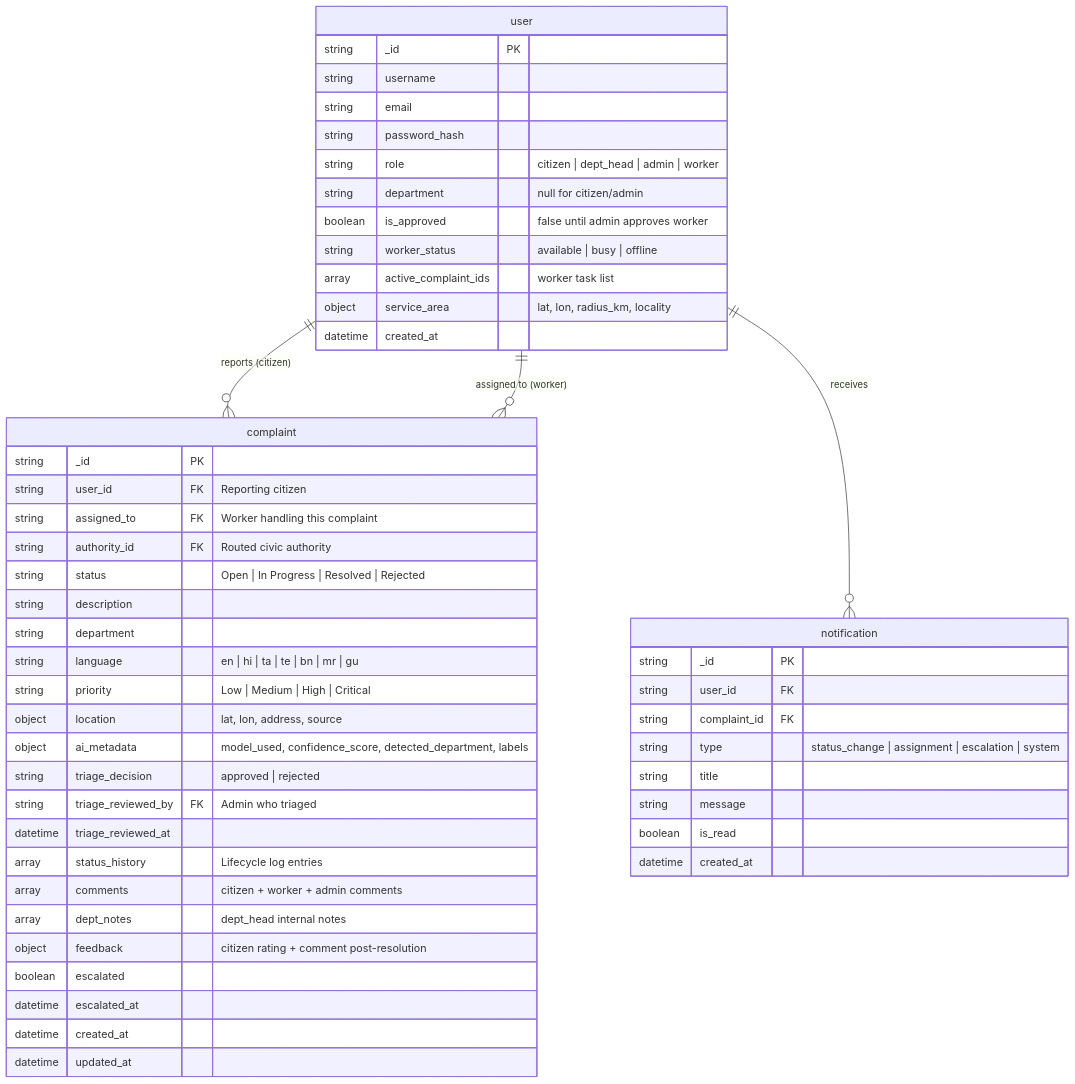
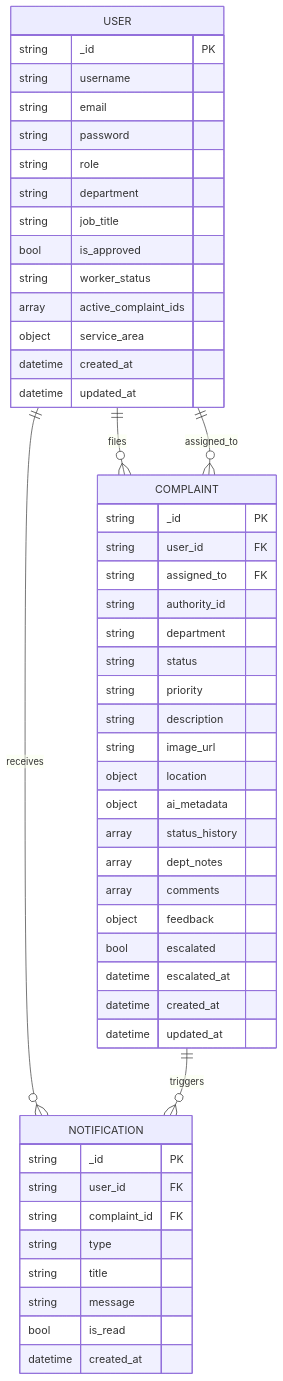
Before and after one commit to ark5234/Jan-Sunwai-AI: the first of 4 diagrams in docs/reports/SCHEMA_DESIGN.md, drawn with Mermaid. The commit also changed other lines of this file and 13 other files, not shown here.

Commit message:
Refactor documentation in reports folder: Update README.md, SCHEMA_DESIGN.md, and SYSTEM_ARCHITECTURE.md for clarity and consistency. Enhance descriptions, add new sections, and improve formatting. Last updated date standardized to 2026-04-06.

````diff
--- a/docs/reports/SCHEMA_DESIGN.md
+++ b/docs/reports/SCHEMA_DESIGN.md
@@ -12,53 +16,56 @@
 ```mermaid
 erDiagram
-    user ||--o{ complaint : "reports (citizen)"
-    user ||--o{ complaint : "assigned to (worker)"
-    user ||--o{ notification : receives
-    user {
+    USER ||--o{ COMPLAINT : files
+    USER ||--o{ NOTIFICATION : receives
+    USER ||--o{ COMPLAINT : assigned_to
+    COMPLAINT ||--o{ NOTIFICATION : triggers
+
+    USER {
         string _id PK
         string username
         string email
-        string password_hash
-        string role "citizen | dept_head | admin | worker"
-        string department "null for citizen/admin"
-        boolean is_approved "false until admin approves worker"
-        string worker_status "available | busy | offline"
-        array active_complaint_ids "worker task list"
-        object service_area "lat, lon, radius_km, locality"
+        string password
+        string role
+        string department
+        string job_title
+        bool is_approved
+        string worker_status
+        array active_complaint_ids
+        object service_area
         datetime created_at
+        datetime updated_at
     }
-    complaint {
+
+    COMPLAINT {
         string _id PK
-        string user_id FK "Reporting citizen"
-        string assigned_to FK "Worker handling this complaint"
-        string authority_id FK "Routed civic authority"
-        string status "Open | In Progress | Resolved | Rejected"
+        string user_id FK
+        string assigned_to FK
+        string authority_id
+        string department
+        string status
+        string priority
         string description
-        string department
-        string language "en | hi | ta | te | bn | mr | gu"
-        string priority "Low | Medium | High | Critical"
-        object location "lat, lon, address, source"
-        object ai_metadata "model_used, confidence_score, detected_department, labels"
-        string triage_decision "approved | rejected"
-        string triage_reviewed_by FK "Admin who triaged"
-        datetime triage_reviewed_at
-        array status_history "Lifecycle log entries"
-        array comments "citizen + worker + admin comments"
-        array dept_notes "dept_head internal notes"
-        object feedback "citizen rating + comment post-resolution"
-        boolean escalated
+        string image_url
+        object location
+        object ai_metadata
+        array status_history
+        array dept_notes
+        array comments
+        object feedback
+        bool escalated
         datetime escalated_at
         datetime created_at
         datetime updated_at
     }
-    notification {
+
+    NOTIFICATION {
         string _id PK
         string user_id FK
         string complaint_id FK
-        string type "status_change | assignment | escalation | system"
+        string type
         string title
         string message
-        boolean is_read
+        bool is_read
         datetime created_at
     }
 ```
````
